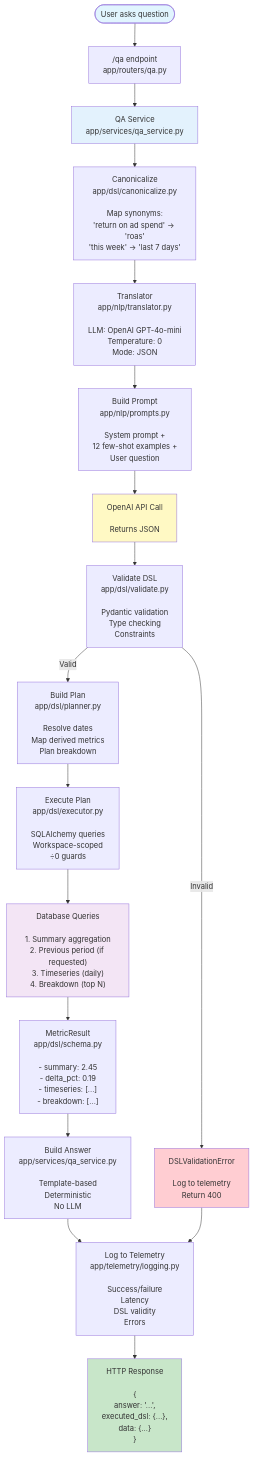
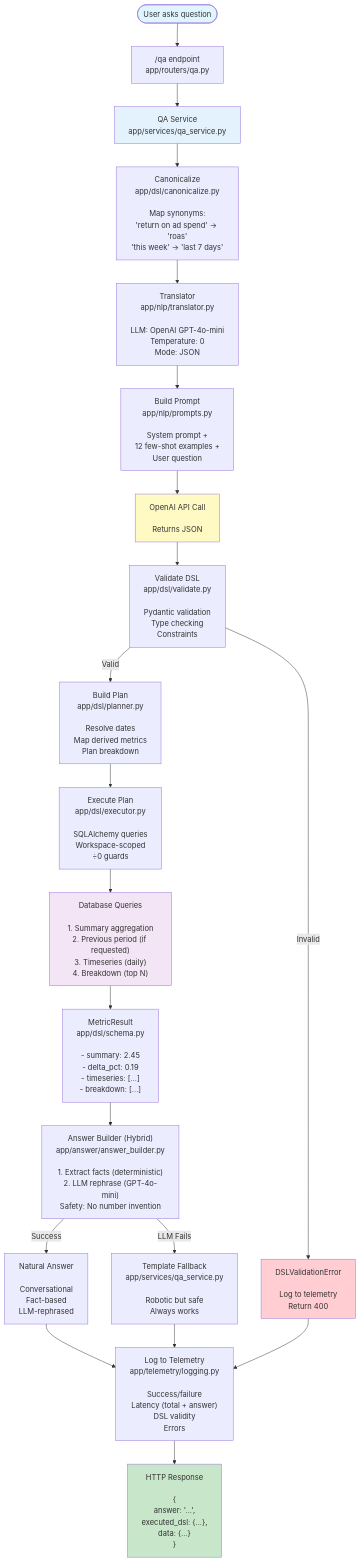
Before and after one commit to GabrielLunesu/AdNavi: the diagram in backend/QA_SYSTEM_ARCHITECTURE.md, drawn with Mermaid. The commit also changed other lines of this file and 7 other files, not shown here.

Commit message:
successfully implemented the hybrid answer builder with all requirements met.

````diff
--- a/backend/QA_SYSTEM_ARCHITECTURE.md
+++ b/backend/QA_SYSTEM_ARCHITECTURE.md
@@ -5,40 +5,44 @@
 ```mermaid
 graph TD
     Start([User asks question]) --> Router["/qa endpoint<br/>app/routers/qa.py"]
     
     Router --> Service["QA Service<br/>app/services/qa_service.py"]
     
     Service --> Canon["Canonicalize<br/>app/dsl/canonicalize.py<br/><br/>Map synonyms:<br/>'return on ad spend' → 'roas'<br/>'this week' → 'last 7 days'"]
     
     Canon --> Translate["Translator<br/>app/nlp/translator.py<br/><br/>LLM: OpenAI GPT-4o-mini<br/>Temperature: 0<br/>Mode: JSON"]
     
     Translate --> Prompt["Build Prompt<br/>app/nlp/prompts.py<br/><br/>System prompt +<br/>12 few-shot examples +<br/>User question"]
     
     Prompt --> LLM["OpenAI API Call<br/><br/>Returns JSON"]
     
     LLM --> Validate["Validate DSL<br/>app/dsl/validate.py<br/><br/>Pydantic validation<br/>Type checking<br/>Constraints"]
     
     Validate -->|Invalid| Error1["DSLValidationError<br/><br/>Log to telemetry<br/>Return 400"]
     Validate -->|Valid| Plan["Build Plan<br/>app/dsl/planner.py<br/><br/>Resolve dates<br/>Map derived metrics<br/>Plan breakdown"]
     
     Plan --> Execute["Execute Plan<br/>app/dsl/executor.py<br/><br/>SQLAlchemy queries<br/>Workspace-scoped<br/>÷0 guards"]
     
     Execute --> Query["Database Queries<br/><br/>1. Summary aggregation<br/>2. Previous period (if requested)<br/>3. Timeseries (daily)<br/>4. Breakdown (top N)"]
     
     Query --> Result["MetricResult<br/>app/dsl/schema.py<br/><br/>- summary: 2.45<br/>- delta_pct: 0.19<br/>- timeseries: [...]<br/>- breakdown: [...]"]
     
-    Result --> Answer["Build Answer<br/>app/services/qa_service.py<br/><br/>Template-based<br/>Deterministic<br/>No LLM"]
+    Result --> AnswerBuilder["Answer Builder (Hybrid)<br/>app/answer/answer_builder.py<br/><br/>1. Extract facts (deterministic)<br/>2. LLM rephrase (GPT-4o-mini)<br/>Safety: No number invention"]
     
-    Answer --> Log["Log to Telemetry<br/>app/telemetry/logging.py<br/><br/>Success/failure<br/>Latency<br/>DSL validity<br/>Errors"]
+    AnswerBuilder -->|Success| Answer["Natural Answer<br/><br/>Conversational<br/>Fact-based<br/>LLM-rephrased"]
+    AnswerBuilder -->|LLM Fails| Fallback["Template Fallback<br/>app/services/qa_service.py<br/><br/>Robotic but safe<br/>Always works"]
+    
+    Answer --> Log["Log to Telemetry<br/>app/telemetry/logging.py<br/><br/>Success/failure<br/>Latency (total + answer)<br/>DSL validity<br/>Errors"]
+    Fallback --> Log
     
     Log --> Response["HTTP Response<br/><br/>{<br/>  answer: '...',<br/>  executed_dsl: {...},<br/>  data: {...}<br/>}"]
     
     Error1 --> Log
     
     style Start fill:#e1f5fe
     style Response fill:#c8e6c9
     style Error1 fill:#ffcdd2
     style LLM fill:#fff9c4
     style Query fill:#f3e5f5
     style Service fill:#e3f2fd
 ```
````
